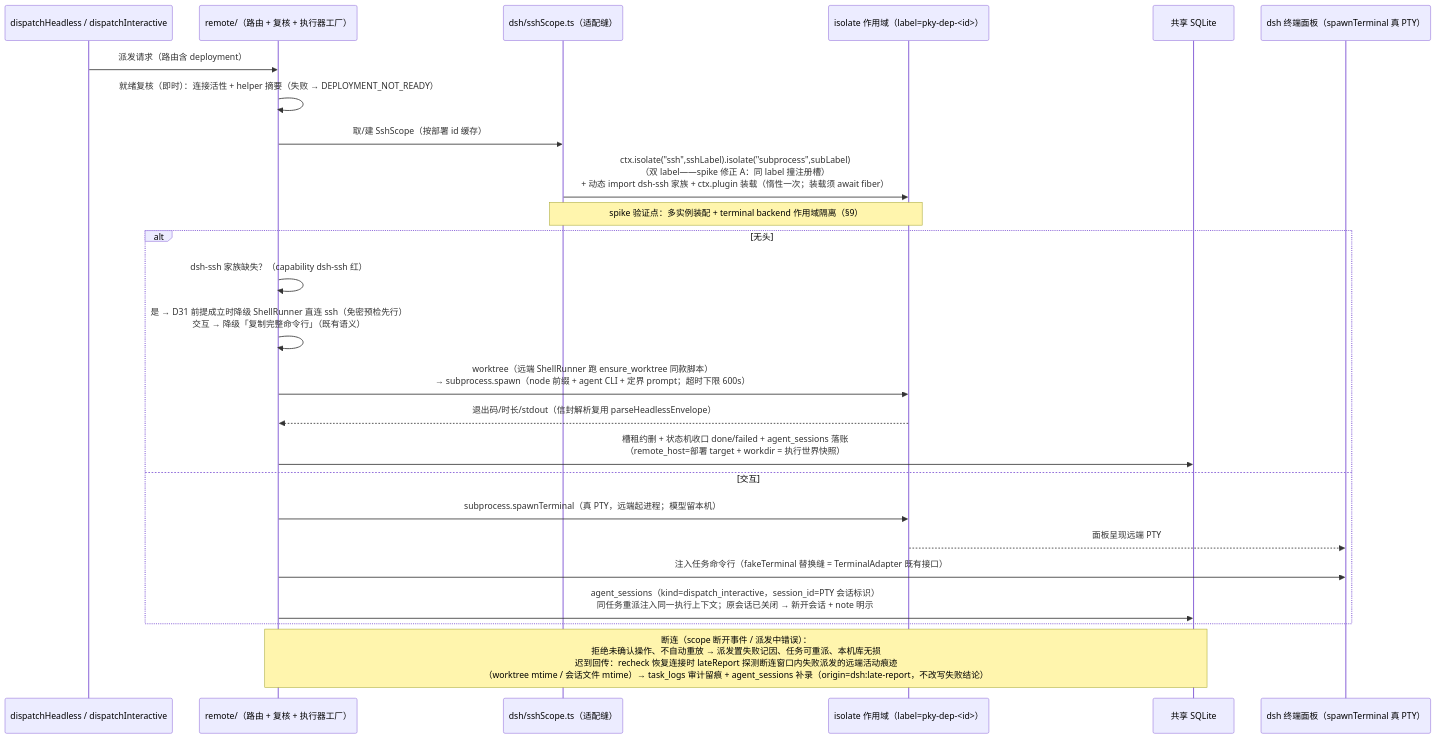
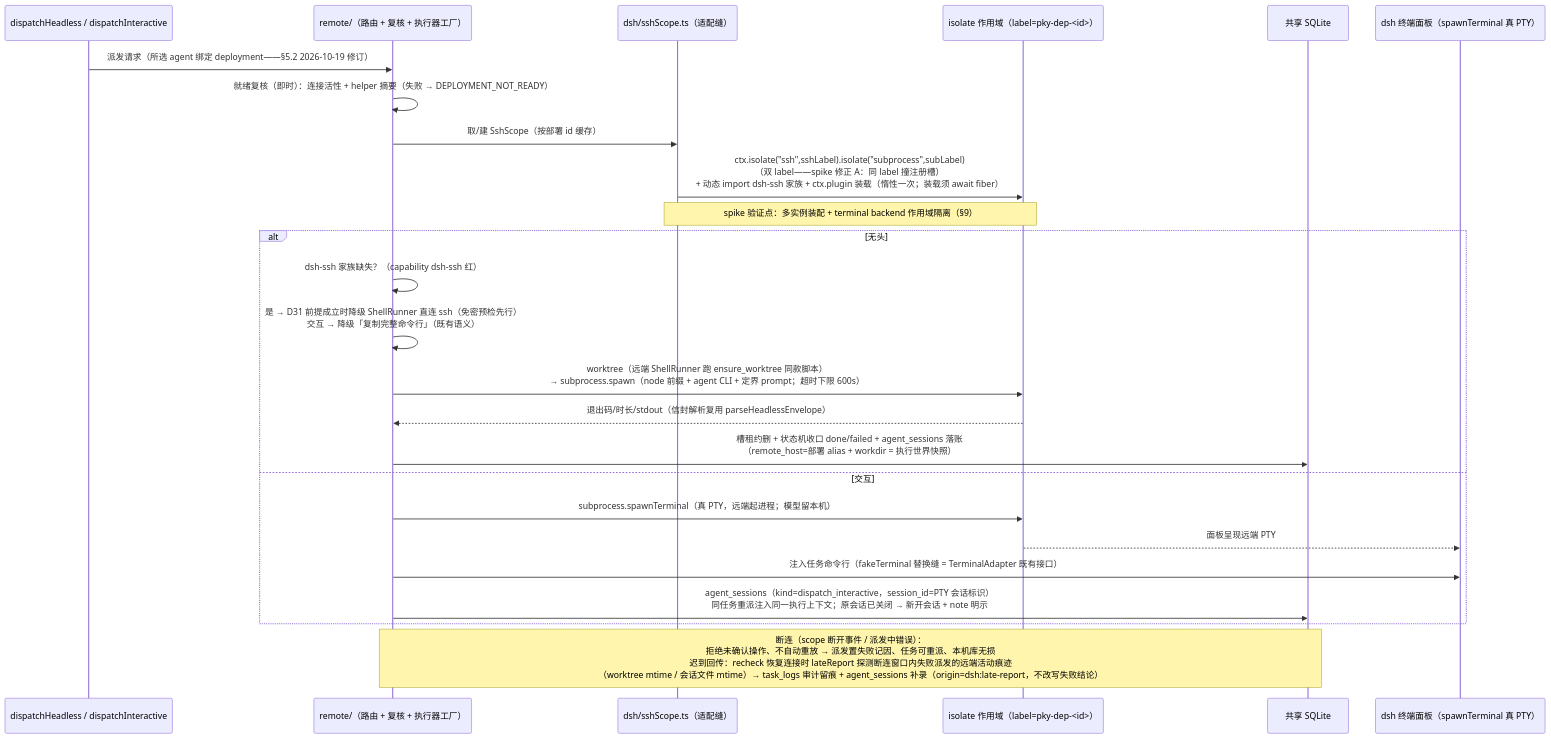
One commit to Jo0OCTsai/pokemon-choose-you changed the third of 4 diagrams in specs/dsh-plugin-full-parity/architecture.md. Above: the diagram before and after it, drawn with Mermaid. The commit also changed other lines of this file and 186 other files, not shown here.

````diff
--- a/specs/dsh-plugin-full-parity/architecture.md
+++ b/specs/dsh-plugin-full-parity/architecture.md
@@ -347,27 +349,27 @@
 ```mermaid
 sequenceDiagram
     participant CMD as dispatchHeadless / dispatchInteractive
     participant RT as remote/（路由 + 复核 + 执行器工厂）
     participant SC as dsh/sshScope.ts（适配缝）
     participant ISO as isolate 作用域（label=pky-dep-<id>）
     participant DB as 共享 SQLite
     participant TERM as dsh 终端面板（spawnTerminal 真 PTY）
-    CMD->>RT: 派发请求（路由含 deployment）
+    CMD->>RT: 派发请求（所选 agent 绑定 deployment——§5.2 2026-10-19 修订）
     RT->>RT: 就绪复核（即时）：连接活性 + helper 摘要（失败 → DEPLOYMENT_NOT_READY）
     RT->>SC: 取/建 SshScope（按部署 id 缓存）
     SC->>ISO: ctx.isolate("ssh",sshLabel).isolate("subprocess",subLabel)<br/>（双 label——spike 修正 A：同 label 撞注册槽）<br/>+ 动态 import dsh-ssh 家族 + ctx.plugin 装载（惰性一次；装载须 await fiber）
     Note over SC,ISO: spike 验证点：多实例装配 + terminal backend 作用域隔离（§9）
     alt 无头
         RT->>RT: dsh-ssh 家族缺失？（capability dsh-ssh 红）
         RT->>RT: 是 → D31 前提成立时降级 ShellRunner 直连 ssh（免密预检先行）<br/>交互 → 降级「复制完整命令行」（既有语义）
         RT->>ISO: worktree（远端 ShellRunner 跑 ensure_worktree 同款脚本）<br/>→ subprocess.spawn（node 前缀 + agent CLI + 定界 prompt；超时下限 600s）
         ISO-->>RT: 退出码/时长/stdout（信封解析复用 parseHeadlessEnvelope）
-        RT->>DB: 槽租约删 + 状态机收口 done/failed + agent_sessions 落账<br/>（remote_host=部署 target + workdir = 执行世界快照）
+        RT->>DB: 槽租约删 + 状态机收口 done/failed + agent_sessions 落账<br/>（remote_host=部署 alias + workdir = 执行世界快照）
     else 交互
         RT->>ISO: subprocess.spawnTerminal（真 PTY，远端起进程；模型留本机）
         ISO-->>TERM: 面板呈现远端 PTY
         RT->>TERM: 注入任务命令行（fakeTerminal 替换缝 = TerminalAdapter 既有接口）
         RT->>DB: agent_sessions（kind=dispatch_interactive，session_id=PTY 会话标识）<br/>同任务重派注入同一执行上下文；原会话已关闭 → 新开会话 + note 明示
     end
     Note over RT,DB: 断连（scope 断开事件 / 派发中错误）：<br/>拒绝未确认操作、不自动重放 → 派发置失败记因、任务可重派、本机库无损<br/>迟到回传：recheck 恢复连接时 lateReport 探测断连窗口内失败派发的远端活动痕迹<br/>（worktree mtime / 会话文件 mtime）→ task_logs 审计留痕 + agent_sessions 补录（origin=dsh:late-report，不改写失败结论）
 ```
````
